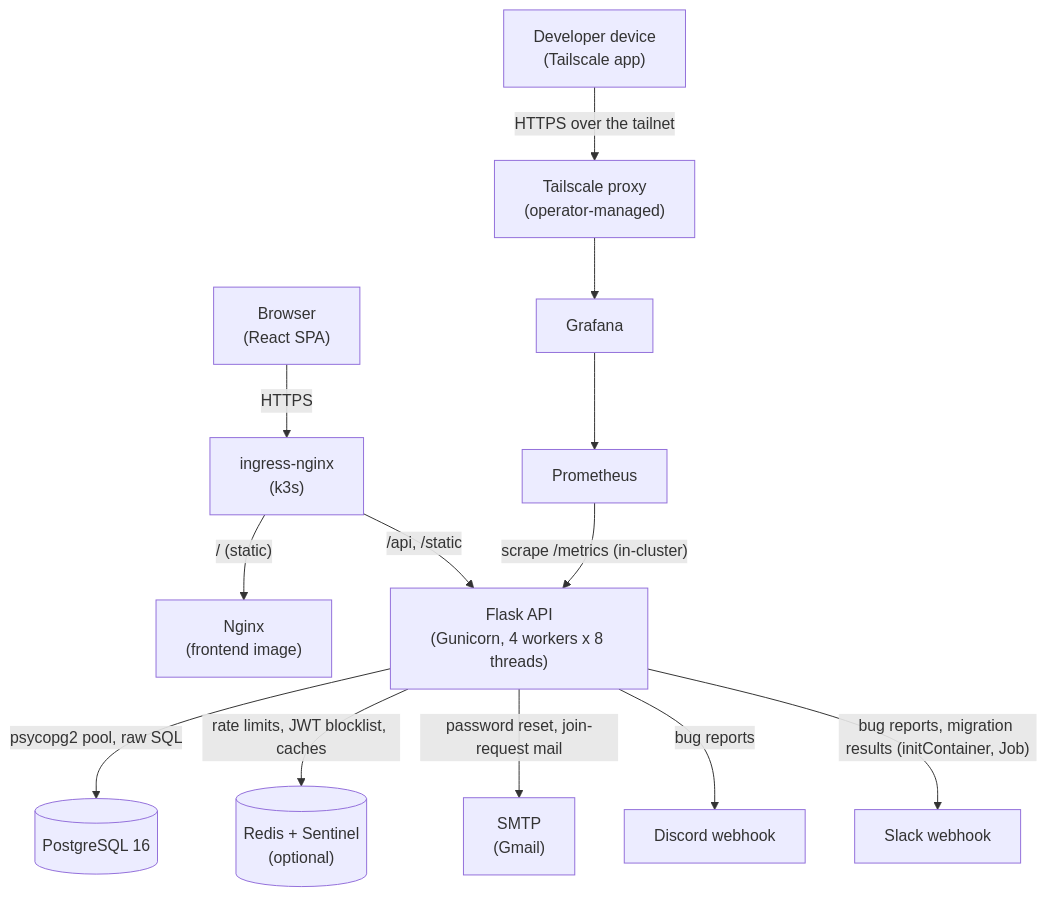
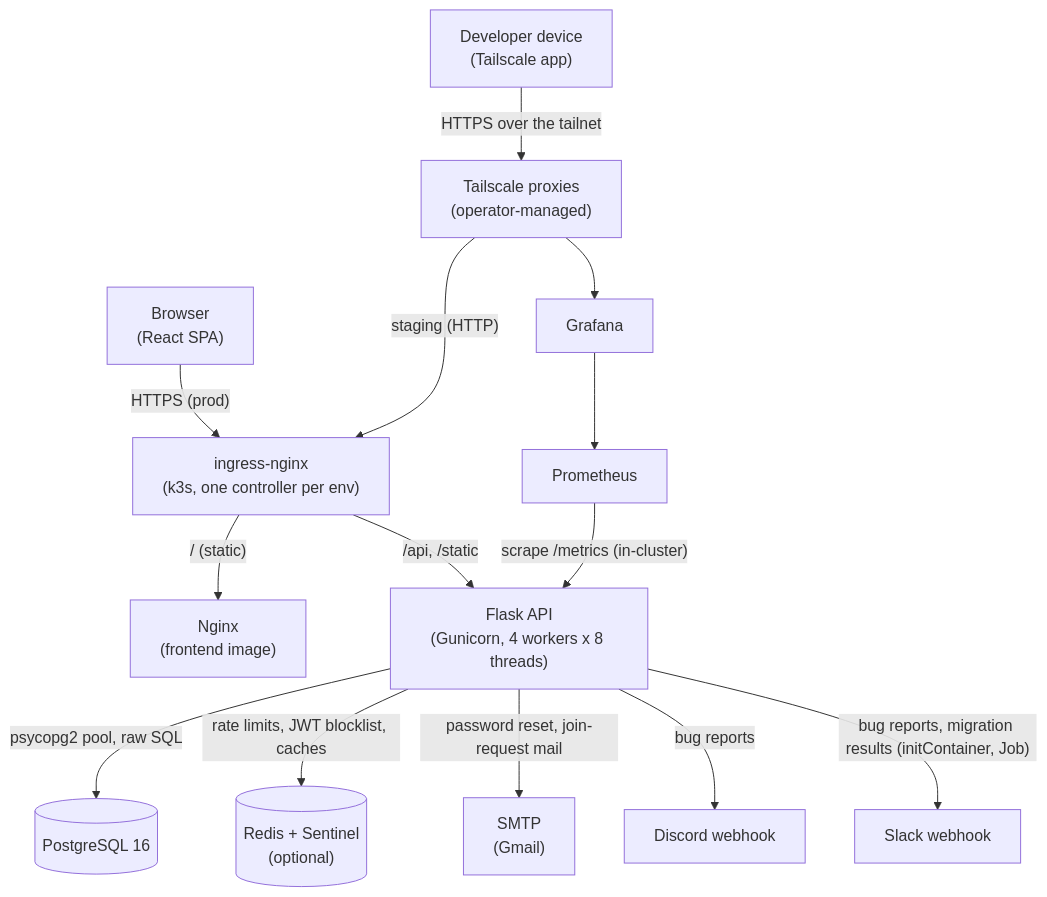
The first of 2 diagrams in docs/architecture.md (fss-fmi/fmi-codes-website-2026), drawn with Mermaid before and after one commit. The commit also changed other lines of this file and 27 other files, not shown here.

````diff
--- a/docs/architecture.md
+++ b/docs/architecture.md
@@ -9,29 +9,30 @@
 ```mermaid
 graph TD
     Browser["Browser<br/>(React SPA)"]
     Nginx["Nginx<br/>(frontend image)"]
-    Ingress["ingress-nginx<br/>(k3s)"]
+    Ingress["ingress-nginx<br/>(k3s, one controller per env)"]
     API["Flask API<br/>(Gunicorn, 4 workers x 8 threads)"]
     PG[("PostgreSQL 16")]
     Redis[("Redis + Sentinel<br/>(optional)")]
     SMTP["SMTP<br/>(Gmail)"]
     Discord["Discord webhook"]
     Slack["Slack webhook"]
     Prom["Prometheus"]
     Grafana["Grafana"]
-    TS["Tailscale proxy<br/>(operator-managed)"]
+    TS["Tailscale proxies<br/>(operator-managed)"]
     Dev["Developer device<br/>(Tailscale app)"]
 
-    Browser -->|HTTPS| Ingress
+    Browser -->|"HTTPS (prod)"| Ingress
     Ingress -->|"/ (static)"| Nginx
     Ingress -->|"/api, /static"| API
     API -->|psycopg2 pool, raw SQL| PG
     API -->|rate limits, JWT blocklist, caches| Redis
     API -->|password reset, join-request mail| SMTP
     API -->|bug reports| Discord
     API -->|"bug reports, migration results (initContainer, Job)"| Slack
     Prom -->|"scrape /metrics (in-cluster)"| API
     Dev -->|"HTTPS over the tailnet"| TS
     TS --> Grafana
+    TS -->|"staging (HTTP)"| Ingress
     Grafana --> Prom
 ```
````
